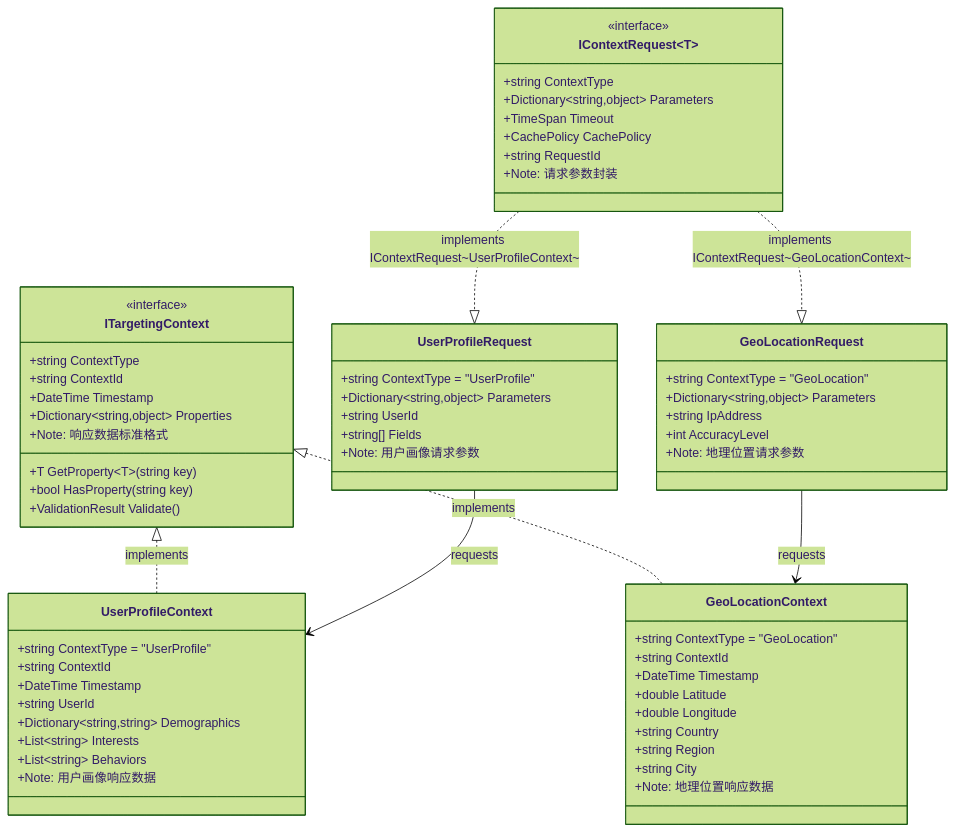
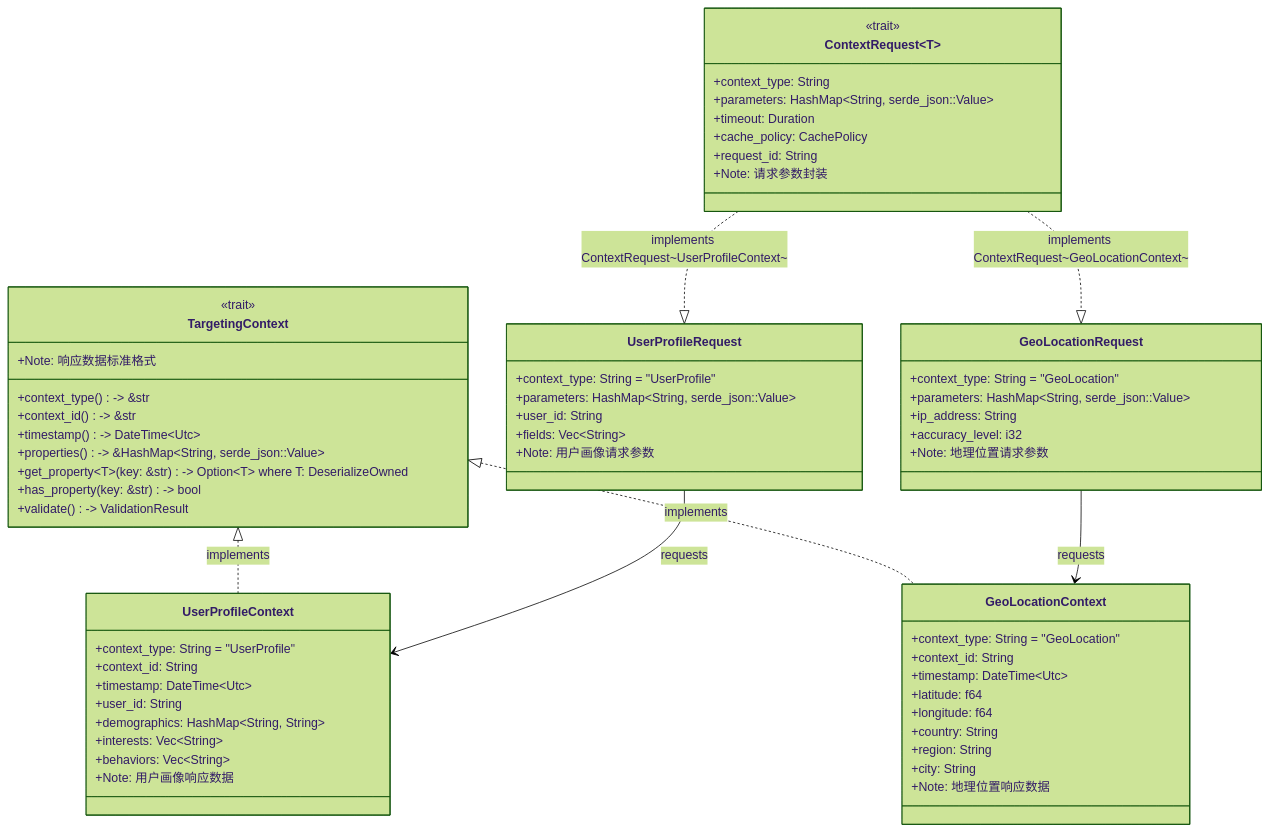
Before and after one commit to lornshrimp/Lorn.ADSP.Rust: the fourth of 12 diagrams in docs_TecDesign/广告投放引擎/广告引擎抽象层设计.md, drawn with Mermaid (forest theme). The commit also changed other lines of this file and 3 other files, not shown here.

````diff
--- a/docs_TecDesign/广告投放引擎/广告引擎抽象层设计.md
+++ b/docs_TecDesign/广告投放引擎/广告引擎抽象层设计.md
@@ -309,73 +310,73 @@
 ```mermaid
 classDiagram
-    class IContextRequest~T~ {
-        <<interface>>
-        +string ContextType
-        +Dictionary~string,object~ Parameters
-        +TimeSpan Timeout
-        +CachePolicy CachePolicy
-        +string RequestId
+    class ContextRequest~T~ {
+        <<trait>>
+        +context_type: String
+        +parameters: HashMap~String, serde_json::Value~
+        +timeout: Duration
+        +cache_policy: CachePolicy
+        +request_id: String
         +Note: 请求参数封装
     }
     
-    class ITargetingContext {
-        <<interface>>
-        +string ContextType
-        +string ContextId
-        +DateTime Timestamp
-        +Dictionary~string,object~ Properties
-        +T GetProperty~T~(string key)
-        +bool HasProperty(string key)
-        +ValidationResult Validate()
+    class TargetingContext {
+        <<trait>>
+        +context_type() -> &str
+        +context_id() -> &str
+        +timestamp() -> DateTime~Utc~
+        +properties() -> &HashMap~String, serde_json::Value~
+        +get_property~T~(key: &str) -> Option~T~ where T: DeserializeOwned
+        +has_property(key: &str) -> bool
+        +validate() -> ValidationResult
         +Note: 响应数据标准格式
     }
     
     class UserProfileRequest {
-        +string ContextType = "UserProfile"
-        +Dictionary~string,object~ Parameters
-        +string UserId
-        +string[] Fields
+        +context_type: String = "UserProfile"
+        +parameters: HashMap~String, serde_json::Value~
+        +user_id: String
+        +fields: Vec~String~
         +Note: 用户画像请求参数
     }
     
     class UserProfileContext {
-        +string ContextType = "UserProfile"
-        +string ContextId
-        +DateTime Timestamp
-        +string UserId
-        +Dictionary~string,string~ Demographics
-        +List~string~ Interests
-        +List~string~ Behaviors
+        +context_type: String = "UserProfile"
+        +context_id: String
+        +timestamp: DateTime~Utc~
+        +user_id: String
+        +demographics: HashMap~String, String~
+        +interests: Vec~String~
+        +behaviors: Vec~String~
         +Note: 用户画像响应数据
     }
     
     class GeoLocationRequest {
-        +string ContextType = "GeoLocation"
-        +Dictionary~string,object~ Parameters
-        +string IpAddress
-        +int AccuracyLevel
+        +context_type: String = "GeoLocation"
+        +parameters: HashMap~String, serde_json::Value~
+        +ip_address: String
+        +accuracy_level: i32
         +Note: 地理位置请求参数
     }
     
     class GeoLocationContext {
-        +string ContextType = "GeoLocation"
-        +string ContextId
-        +DateTime Timestamp
-        +double Latitude
-        +double Longitude
-        +string Country
-        +string Region
-        +string City
+        +context_type: String = "GeoLocation"
+        +context_id: String
+        +timestamp: DateTime~Utc~
+        +latitude: f64
+        +longitude: f64
+        +country: String
+        +region: String
+        +city: String
         +Note: 地理位置响应数据
     }
     
-    IContextRequest~T~ ..|> UserProfileRequest : implements IContextRequest~UserProfileContext~
-    IContextRequest~T~ ..|> GeoLocationRequest : implements IContextRequest~GeoLocationContext~
+    ContextRequest~T~ ..|> UserProfileRequest : implements ContextRequest~UserProfileContext~
+    ContextRequest~T~ ..|> GeoLocationRequest : implements ContextRequest~GeoLocationContext~
     
-    ITargetingContext <|.. UserProfileContext : implements
-    ITargetingContext <|.. GeoLocationContext : implements
+    TargetingContext <|.. UserProfileContext : implements
+    TargetingContext <|.. GeoLocationContext : implements
     
     UserProfileRequest --> UserProfileContext : requests
     GeoLocationRequest --> GeoLocationContext : requests
 
 ```
````
